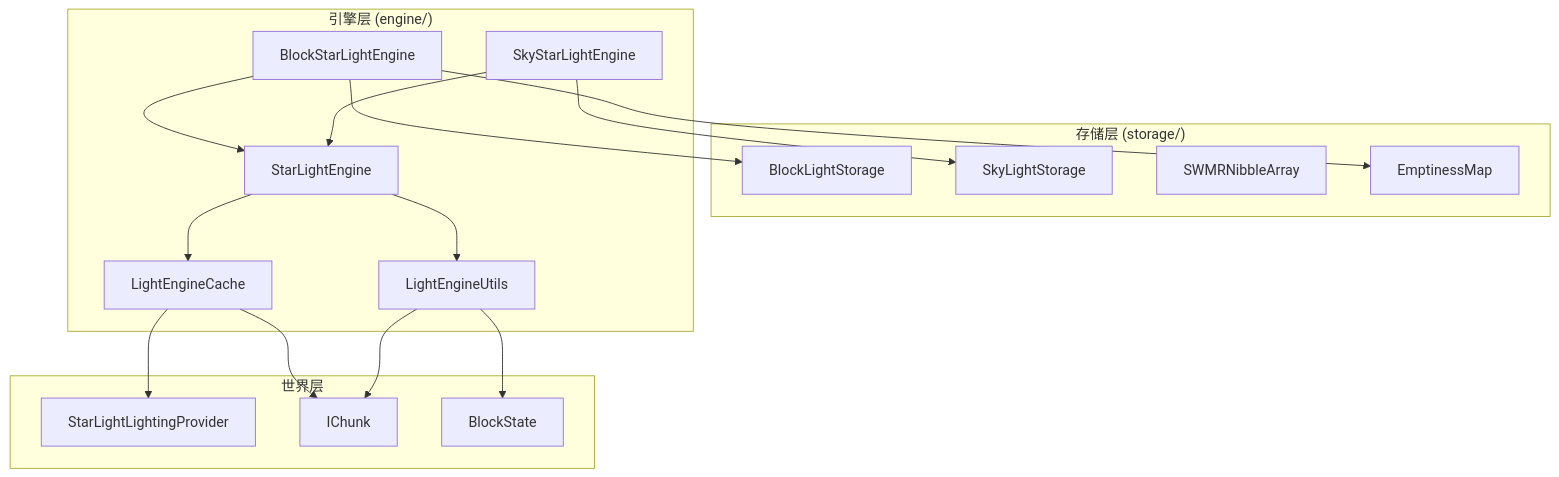
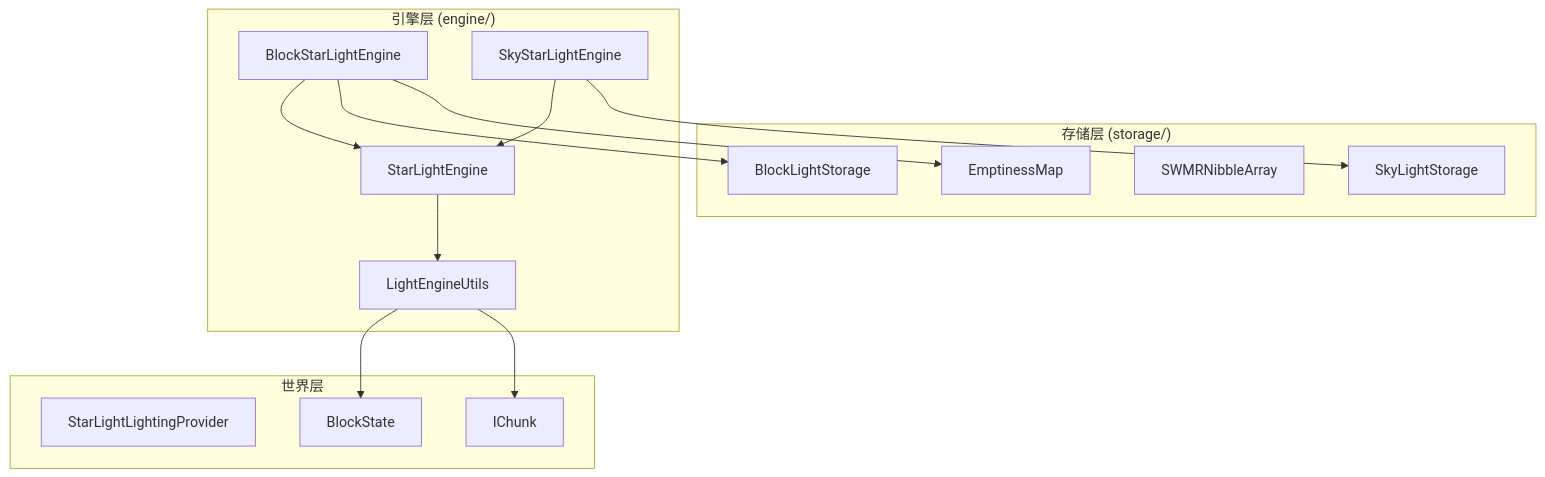
One commit to g122622/Cubium changed the fourth of 4 diagrams in src/common/world/lighting/engine/README.md. Above: the diagram before and after it, drawn with Mermaid. The commit also changed other lines of this file and 8 other files, not shown here.

Commit message:
fix[WIP]: 移除LightEngineCache

````diff
--- a/src/common/world/lighting/engine/README.md
+++ b/src/common/world/lighting/engine/README.md
@@ -250,39 +213,34 @@
 ```mermaid
 flowchart TB
     subgraph Storage["存储层 (storage/)"]
         BlockLightStorage
         SkyLightStorage
         SWMRNibbleArray
         EmptinessMap
     end
 
     subgraph Engine["引擎层 (engine/)"]
         StarLightEngine
         BlockStarLightEngine
         SkyStarLightEngine
-        LightEngineCache
         LightEngineUtils
     end
 
     subgraph World["世界层"]
         StarLightLightingProvider
         IChunk
         BlockState
     end
 
-    StarLightEngine --> LightEngineCache
     StarLightEngine --> LightEngineUtils
 
     BlockStarLightEngine --> StarLightEngine
     BlockStarLightEngine --> BlockLightStorage
     BlockStarLightEngine --> EmptinessMap
 
     SkyStarLightEngine --> StarLightEngine
     SkyStarLightEngine --> SkyLightStorage
 
-    LightEngineCache --> StarLightLightingProvider
-    LightEngineCache --> IChunk
-
     LightEngineUtils --> BlockState
     LightEngineUtils --> IChunk
 ```
````
